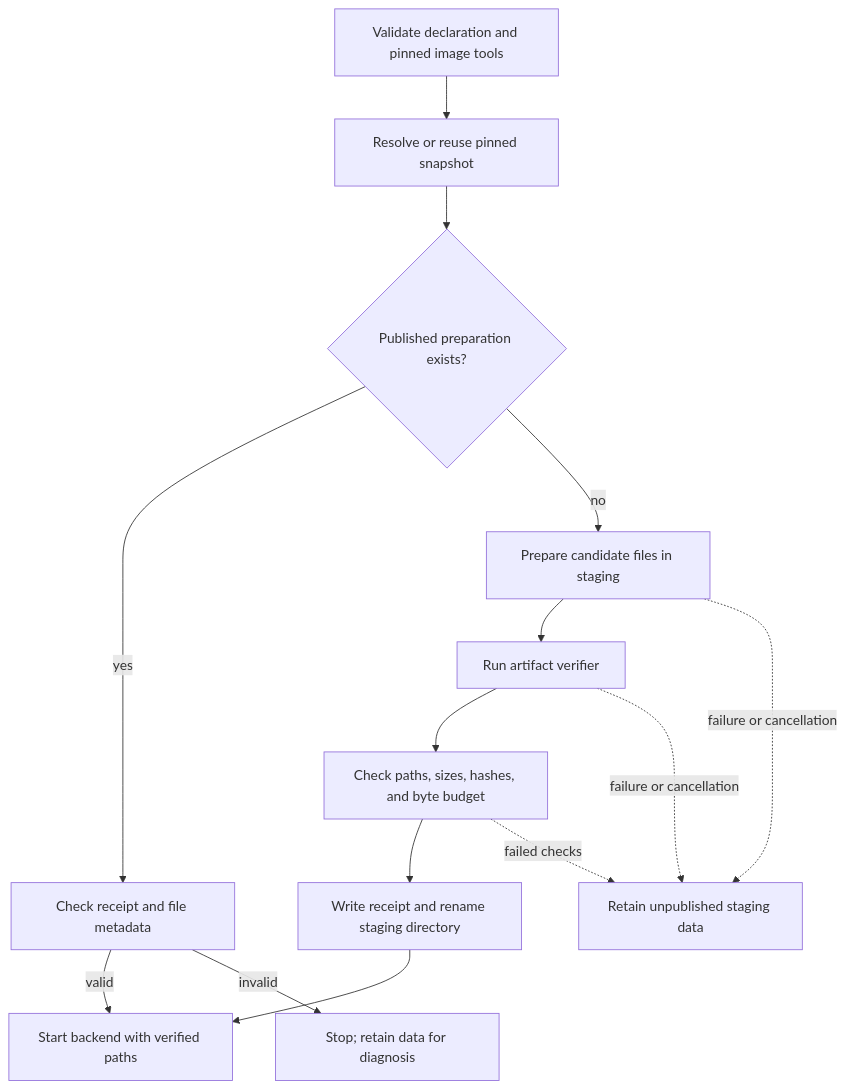
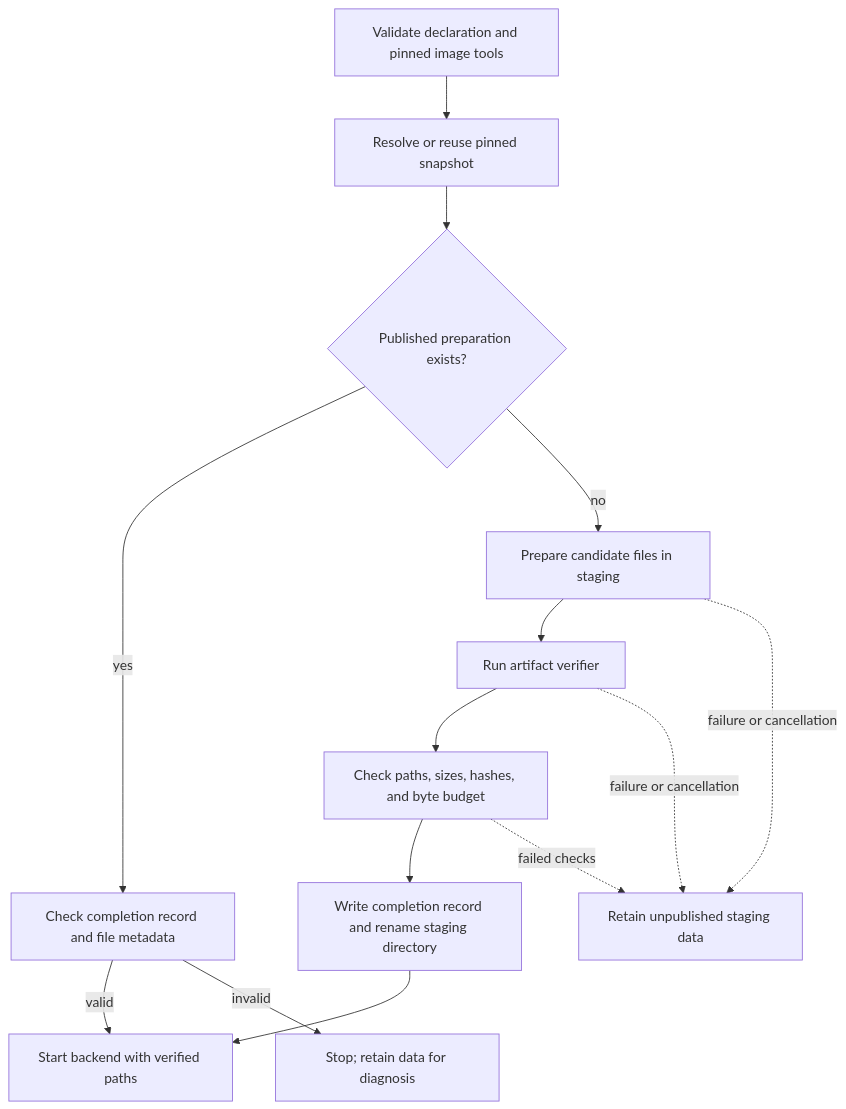
One commit to NVIDIA/NemoClaw changed the diagram in docs/design/recipes.md. Above: the diagram before and after it, drawn with Mermaid. The commit also changed other lines of this file and 13 other files, not shown here.

````diff
--- a/docs/design/recipes.md
+++ b/docs/design/recipes.md
@@ -33,16 +33,16 @@
 ```mermaid
 flowchart TD
     Contract[Validate declaration and pinned image tools] --> Snapshot[Resolve or reuse pinned snapshot]
     Snapshot --> Existing{Published preparation exists?}
-    Existing -->|yes| Observe[Check receipt and file metadata]
+    Existing -->|yes| Observe[Check completion record and file metadata]
     Observe -->|valid| Serve[Start backend with verified paths]
     Observe -->|invalid| Stop[Stop; retain data for diagnosis]
     Existing -->|no| Stage[Prepare candidate files in staging]
     Stage --> Verify[Run artifact verifier]
     Verify --> Check[Check paths, sizes, hashes, and byte budget]
-    Check --> Publish[Write receipt and rename staging directory]
+    Check --> Publish[Write completion record and rename staging directory]
     Publish --> Serve
     Stage -. failure or cancellation .-> Retain[Retain unpublished staging data]
     Verify -. failure or cancellation .-> Retain
     Check -. failed checks .-> Retain
 ```
````
